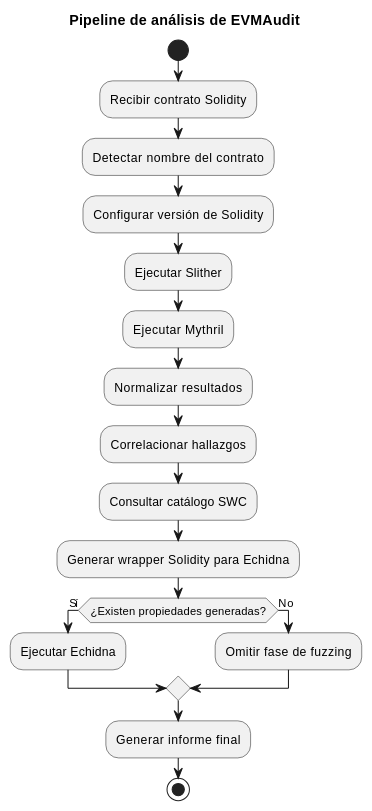
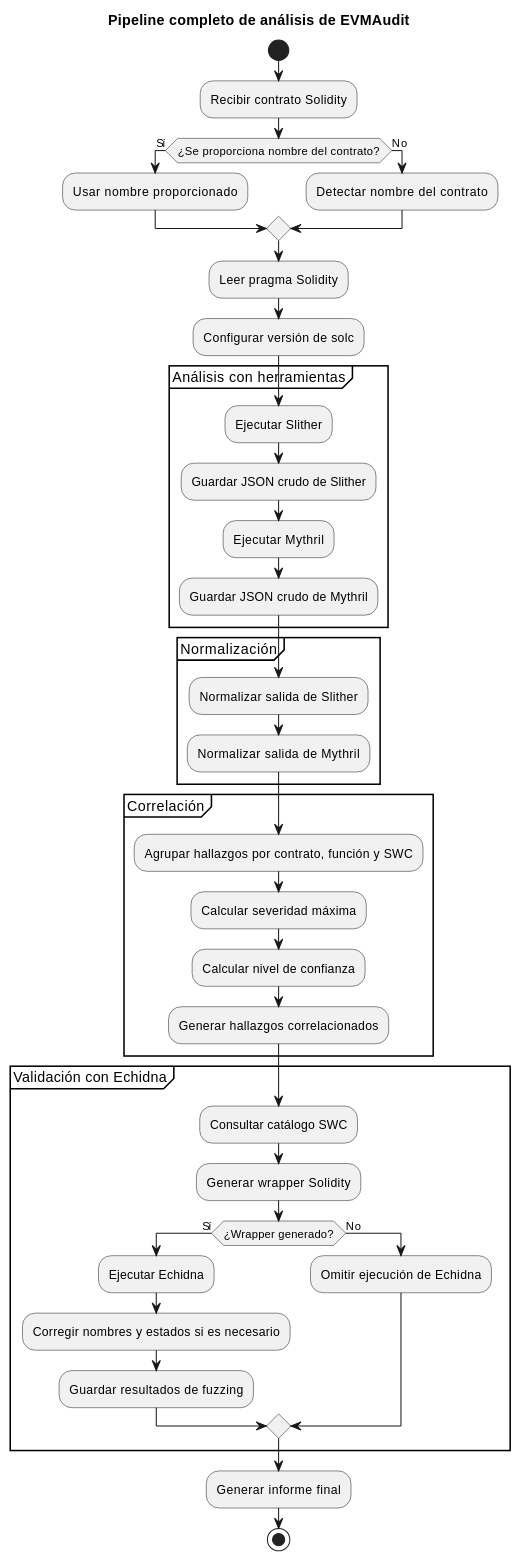
Before and after one commit to pardalaco/TFM-UNIR: the second of 11 diagrams in docs-TFM-UNIR/Entrega/Diagramas/Diagramas.md, drawn with PlantUML. The commit also changed other lines of this file, not shown here.

Commit message:
Diagramas mejorados

````diff
--- a/docs-TFM-UNIR/Entrega/Diagramas/Diagramas.md
+++ b/docs-TFM-UNIR/Entrega/Diagramas/Diagramas.md
@@ -45,30 +72,57 @@
 ```plantuml
 @startuml
-title Pipeline de análisis de EVMAudit
+title Pipeline completo de análisis de EVMAudit
+
+skinparam shadowing false
 
 start
 
 :Recibir contrato Solidity;
-:Detectar nombre del contrato;
-:Configurar versión de Solidity;
 
-:Ejecutar Slither;
-:Ejecutar Mythril;
+if (¿Se proporciona nombre del contrato?) then (Sí)
+  :Usar nombre proporcionado;
+else (No)
+  :Detectar nombre del contrato;
+endif
 
-:Normalizar resultados;
-:Correlacionar hallazgos;
+:Leer pragma Solidity;
+:Configurar versión de solc;
 
-:Consultar catálogo SWC;
-:Generar wrapper Solidity para Echidna;
+partition "Análisis con herramientas" {
+  :Ejecutar Slither;
+  :Guardar JSON crudo de Slither;
 
-if (¿Existen propiedades generadas?) then (Sí)
-  :Ejecutar Echidna;
-else (No)
-  :Omitir fase de fuzzing;
-endif
+  :Ejecutar Mythril;
+  :Guardar JSON crudo de Mythril;
+}
+
+partition "Normalización" {
+  :Normalizar salida de Slither;
+  :Normalizar salida de Mythril;
+}
+
+partition "Correlación" {
+  :Agrupar hallazgos por contrato, función y SWC;
+  :Calcular severidad máxima;
+  :Calcular nivel de confianza;
+  :Generar hallazgos correlacionados;
+}
+
+partition "Validación con Echidna" {
+  :Consultar catálogo SWC;
+  :Generar wrapper Solidity;
+
+  if (¿Wrapper generado?) then (Sí)
+    :Ejecutar Echidna;
+    :Corregir nombres y estados si es necesario;
+    :Guardar resultados de fuzzing;
+  else (No)
+    :Omitir ejecución de Echidna;
+  endif
+}
 
 :Generar informe final;
 
 stop
 @enduml
 ```
````
